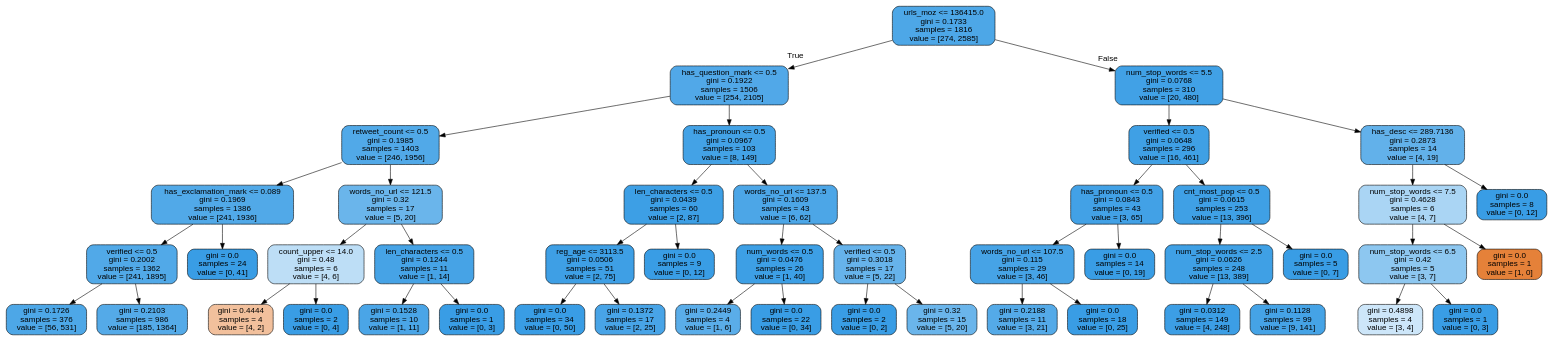
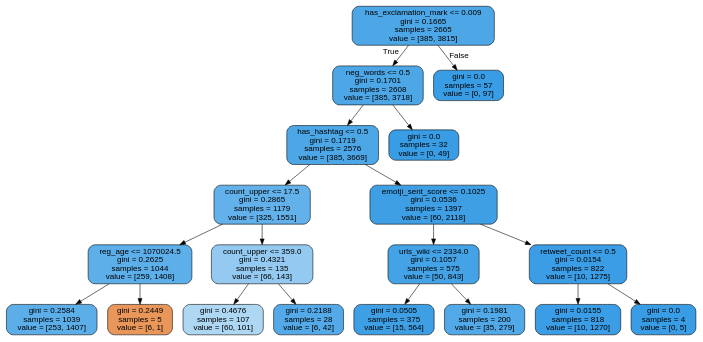
Before and after one commit to burningskies42/Twitter_Analytics: the diagram in Python/twitter_filter/trees/dtree8.dot, drawn with Graphviz. The commit also changed 44 other files, not shown here.

```diff
--- a/Python/twitter_filter/trees/dtree8.dot
+++ b/Python/twitter_filter/trees/dtree8.dot
@@ -1,97 +1,41 @@
 digraph Tree {
 node [shape=box, style="filled, rounded", color="black", fontname=helvetica] ;
 edge [fontname=helvetica] ;
-0 [label="urls_moz <= 136415.0\ngini = 0.1733\nsamples = 1816\nvalue = [274, 2585]", fillcolor="#399de5e4"] ;
-1 [label="has_question_mark <= 0.5\ngini = 0.1922\nsamples = 1506\nvalue = [254, 2105]", fillcolor="#399de5e0"] ;
+0 [label="has_exclamation_mark <= 0.009\ngini = 0.1665\nsamples = 2665\nvalue = [385, 3815]", fillcolor="#399de5e5"] ;
+1 [label="neg_words <= 0.5\ngini = 0.1701\nsamples = 2608\nvalue = [385, 3718]", fillcolor="#399de5e5"] ;
 0 -> 1 [labeldistance=2.5, labelangle=45, headlabel="True"] ;
-2 [label="retweet_count <= 0.5\ngini = 0.1985\nsamples = 1403\nvalue = [246, 1956]", fillcolor="#399de5df"] ;
+2 [label="has_hashtag <= 0.5\ngini = 0.1719\nsamples = 2576\nvalue = [385, 3669]", fillcolor="#399de5e4"] ;
 1 -> 2 ;
-3 [label="has_exclamation_mark <= 0.089\ngini = 0.1969\nsamples = 1386\nvalue = [241, 1936]", fillcolor="#399de5df"] ;
+3 [label="count_upper <= 17.5\ngini = 0.2865\nsamples = 1179\nvalue = [325, 1551]", fillcolor="#399de5ca"] ;
 2 -> 3 ;
-4 [label="verified <= 0.5\ngini = 0.2002\nsamples = 1362\nvalue = [241, 1895]", fillcolor="#399de5df"] ;
+4 [label="reg_age <= 1070024.5\ngini = 0.2625\nsamples = 1044\nvalue = [259, 1408]", fillcolor="#399de5d0"] ;
 3 -> 4 ;
-5 [label="gini = 0.1726\nsamples = 376\nvalue = [56, 531]", fillcolor="#399de5e4"] ;
+5 [label="gini = 0.2584\nsamples = 1039\nvalue = [253, 1407]", fillcolor="#399de5d1"] ;
 4 -> 5 ;
-6 [label="gini = 0.2103\nsamples = 986\nvalue = [185, 1364]", fillcolor="#399de5dc"] ;
+6 [label="gini = 0.2449\nsamples = 5\nvalue = [6, 1]", fillcolor="#e58139d4"] ;
 4 -> 6 ;
-7 [label="gini = 0.0\nsamples = 24\nvalue = [0, 41]", fillcolor="#399de5ff"] ;
+7 [label="count_upper <= 359.0\ngini = 0.4321\nsamples = 135\nvalue = [66, 143]", fillcolor="#399de589"] ;
 3 -> 7 ;
-8 [label="words_no_url <= 121.5\ngini = 0.32\nsamples = 17\nvalue = [5, 20]", fillcolor="#399de5bf"] ;
-2 -> 8 ;
-9 [label="count_upper <= 14.0\ngini = 0.48\nsamples = 6\nvalue = [4, 6]", fillcolor="#399de555"] ;
-8 -> 9 ;
-10 [label="gini = 0.4444\nsamples = 4\nvalue = [4, 2]", fillcolor="#e581397f"] ;
-9 -> 10 ;
-11 [label="gini = 0.0\nsamples = 2\nvalue = [0, 4]", fillcolor="#399de5ff"] ;
-9 -> 11 ;
-12 [label="len_characters <= 0.5\ngini = 0.1244\nsamples = 11\nvalue = [1, 14]", fillcolor="#399de5ed"] ;
-8 -> 12 ;
-13 [label="gini = 0.1528\nsamples = 10\nvalue = [1, 11]", fillcolor="#399de5e8"] ;
-12 -> 13 ;
-14 [label="gini = 0.0\nsamples = 1\nvalue = [0, 3]", fillcolor="#399de5ff"] ;
-12 -> 14 ;
-15 [label="has_pronoun <= 0.5\ngini = 0.0967\nsamples = 103\nvalue = [8, 149]", fillcolor="#399de5f1"] ;
-1 -> 15 ;
-16 [label="len_characters <= 0.5\ngini = 0.0439\nsamples = 60\nvalue = [2, 87]", fillcolor="#399de5f9"] ;
-15 -> 16 ;
-17 [label="reg_age <= 3113.5\ngini = 0.0506\nsamples = 51\nvalue = [2, 75]", fillcolor="#399de5f8"] ;
-16 -> 17 ;
-18 [label="gini = 0.0\nsamples = 34\nvalue = [0, 50]", fillcolor="#399de5ff"] ;
-17 -> 18 ;
-19 [label="gini = 0.1372\nsamples = 17\nvalue = [2, 25]", fillcolor="#399de5eb"] ;
-17 -> 19 ;
-20 [label="gini = 0.0\nsamples = 9\nvalue = [0, 12]", fillcolor="#399de5ff"] ;
-16 -> 20 ;
-21 [label="words_no_url <= 137.5\ngini = 0.1609\nsamples = 43\nvalue = [6, 62]", fillcolor="#399de5e6"] ;
-15 -> 21 ;
-22 [label="num_words <= 0.5\ngini = 0.0476\nsamples = 26\nvalue = [1, 40]", fillcolor="#399de5f9"] ;
-21 -> 22 ;
-23 [label="gini = 0.2449\nsamples = 4\nvalue = [1, 6]", fillcolor="#399de5d4"] ;
-22 -> 23 ;
-24 [label="gini = 0.0\nsamples = 22\nvalue = [0, 34]", fillcolor="#399de5ff"] ;
-22 -> 24 ;
-25 [label="verified <= 0.5\ngini = 0.3018\nsamples = 17\nvalue = [5, 22]", fillcolor="#399de5c5"] ;
-21 -> 25 ;
-26 [label="gini = 0.0\nsamples = 2\nvalue = [0, 2]", fillcolor="#399de5ff"] ;
-25 -> 26 ;
-27 [label="gini = 0.32\nsamples = 15\nvalue = [5, 20]", fillcolor="#399de5bf"] ;
-25 -> 27 ;
-28 [label="num_stop_words <= 5.5\ngini = 0.0768\nsamples = 310\nvalue = [20, 480]", fillcolor="#399de5f4"] ;
-0 -> 28 [labeldistance=2.5, labelangle=-45, headlabel="False"] ;
-29 [label="verified <= 0.5\ngini = 0.0648\nsamples = 296\nvalue = [16, 461]", fillcolor="#399de5f6"] ;
-28 -> 29 ;
-30 [label="has_pronoun <= 0.5\ngini = 0.0843\nsamples = 43\nvalue = [3, 65]", fillcolor="#399de5f3"] ;
-29 -> 30 ;
-31 [label="words_no_url <= 107.5\ngini = 0.115\nsamples = 29\nvalue = [3, 46]", fillcolor="#399de5ee"] ;
-30 -> 31 ;
-32 [label="gini = 0.2188\nsamples = 11\nvalue = [3, 21]", fillcolor="#399de5db"] ;
-31 -> 32 ;
-33 [label="gini = 0.0\nsamples = 18\nvalue = [0, 25]", fillcolor="#399de5ff"] ;
-31 -> 33 ;
-34 [label="gini = 0.0\nsamples = 14\nvalue = [0, 19]", fillcolor="#399de5ff"] ;
-30 -> 34 ;
-35 [label="cnt_most_pop <= 0.5\ngini = 0.0615\nsamples = 253\nvalue = [13, 396]", fillcolor="#399de5f7"] ;
-29 -> 35 ;
-36 [label="num_stop_words <= 2.5\ngini = 0.0626\nsamples = 248\nvalue = [13, 389]", fillcolor="#399de5f6"] ;
-35 -> 36 ;
-37 [label="gini = 0.0312\nsamples = 149\nvalue = [4, 248]", fillcolor="#399de5fb"] ;
-36 -> 37 ;
-38 [label="gini = 0.1128\nsamples = 99\nvalue = [9, 141]", fillcolor="#399de5ef"] ;
-36 -> 38 ;
-39 [label="gini = 0.0\nsamples = 5\nvalue = [0, 7]", fillcolor="#399de5ff"] ;
-35 -> 39 ;
-40 [label="has_desc <= 289.7136\ngini = 0.2873\nsamples = 14\nvalue = [4, 19]", fillcolor="#399de5c9"] ;
-28 -> 40 ;
-41 [label="num_stop_words <= 7.5\ngini = 0.4628\nsamples = 6\nvalue = [4, 7]", fillcolor="#399de56d"] ;
-40 -> 41 ;
-42 [label="num_stop_words <= 6.5\ngini = 0.42\nsamples = 5\nvalue = [3, 7]", fillcolor="#399de592"] ;
-41 -> 42 ;
-43 [label="gini = 0.4898\nsamples = 4\nvalue = [3, 4]", fillcolor="#399de540"] ;
-42 -> 43 ;
-44 [label="gini = 0.0\nsamples = 1\nvalue = [0, 3]", fillcolor="#399de5ff"] ;
-42 -> 44 ;
-45 [label="gini = 0.0\nsamples = 1\nvalue = [1, 0]", fillcolor="#e58139ff"] ;
-41 -> 45 ;
-46 [label="gini = 0.0\nsamples = 8\nvalue = [0, 12]", fillcolor="#399de5ff"] ;
-40 -> 46 ;
+8 [label="gini = 0.4676\nsamples = 107\nvalue = [60, 101]", fillcolor="#399de568"] ;
+7 -> 8 ;
+9 [label="gini = 0.2188\nsamples = 28\nvalue = [6, 42]", fillcolor="#399de5db"] ;
+7 -> 9 ;
+10 [label="emotji_sent_score <= 0.1025\ngini = 0.0536\nsamples = 1397\nvalue = [60, 2118]", fillcolor="#399de5f8"] ;
+2 -> 10 ;
+11 [label="urls_wiki <= 2334.0\ngini = 0.1057\nsamples = 575\nvalue = [50, 843]", fillcolor="#399de5f0"] ;
+10 -> 11 ;
+12 [label="gini = 0.0505\nsamples = 375\nvalue = [15, 564]", fillcolor="#399de5f8"] ;
+11 -> 12 ;
+13 [label="gini = 0.1981\nsamples = 200\nvalue = [35, 279]", fillcolor="#399de5df"] ;
+11 -> 13 ;
+14 [label="retweet_count <= 0.5\ngini = 0.0154\nsamples = 822\nvalue = [10, 1275]", fillcolor="#399de5fd"] ;
+10 -> 14 ;
+15 [label="gini = 0.0155\nsamples = 818\nvalue = [10, 1270]", fillcolor="#399de5fd"] ;
+14 -> 15 ;
+16 [label="gini = 0.0\nsamples = 4\nvalue = [0, 5]", fillcolor="#399de5ff"] ;
+14 -> 16 ;
+17 [label="gini = 0.0\nsamples = 32\nvalue = [0, 49]", fillcolor="#399de5ff"] ;
+1 -> 17 ;
+18 [label="gini = 0.0\nsamples = 57\nvalue = [0, 97]", fillcolor="#399de5ff"] ;
+0 -> 18 [labeldistance=2.5, labelangle=-45, headlabel="False"] ;
 }
```
